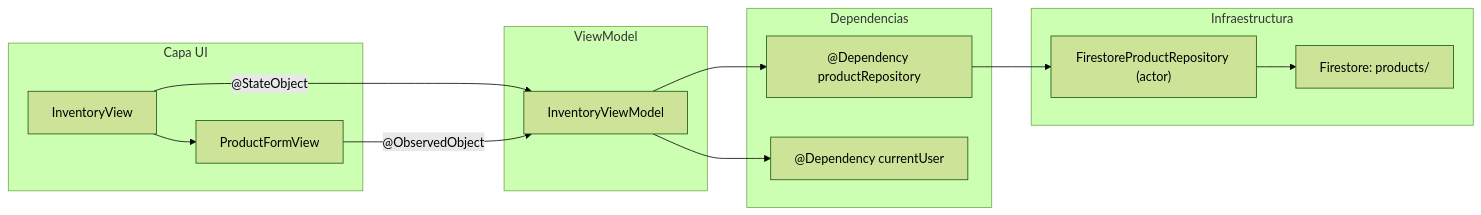
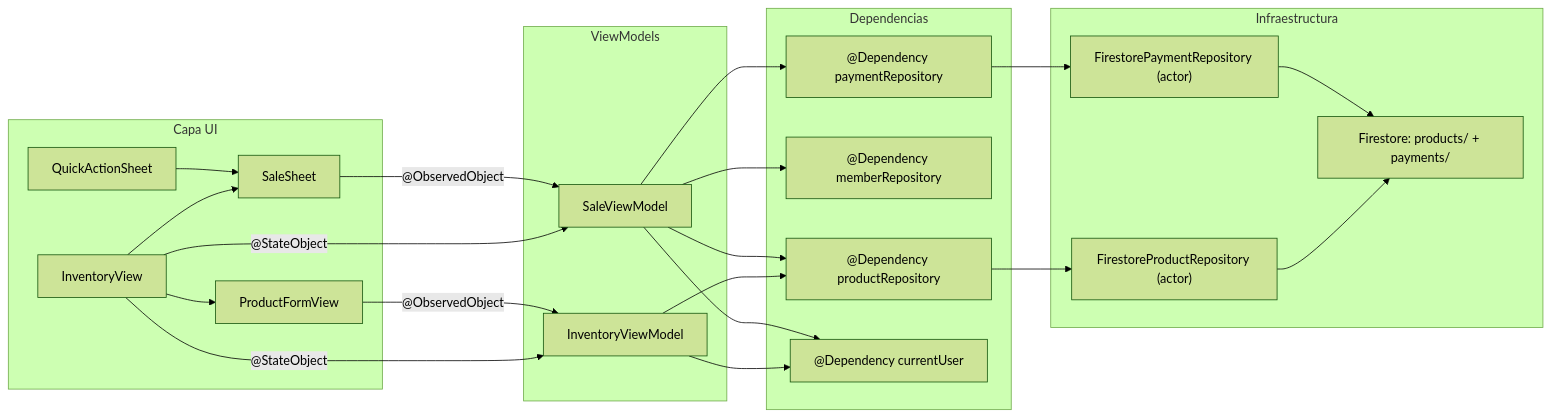
The diagram in knowledge/ios-implementation/09-inventory-module.md (fsaldivar-dev/sajarubox-mcp), drawn with Mermaid (forest theme) before and after one commit. The commit also changed other lines of this file and 3 other files, not shown here.

First line of the commit message:
docs: v1.7.0 — punto de venta (SaleSheet), cobro de productos/servicios

````diff
--- a/knowledge/ios-implementation/09-inventory-module.md
+++ b/knowledge/ios-implementation/09-inventory-module.md
@@ -37,27 +41,41 @@
 ```mermaid
 flowchart LR
     subgraph ui [Capa UI]
         InventoryView --> ProductFormView
+        InventoryView --> SaleSheet
+        QuickActionSheet --> SaleSheet
     end
 
-    subgraph vm [ViewModel]
+    subgraph vm [ViewModels]
         InventoryViewModel
+        SaleViewModel
     end
 
     subgraph deps [Dependencias]
         ProductRepo["@Dependency productRepository"]
+        MemberRepo["@Dependency memberRepository"]
+        PaymentRepo["@Dependency paymentRepository"]
         CurrentUser["@Dependency currentUser"]
     end
 
     subgraph infra [Infraestructura]
         FirestoreProductRepo["FirestoreProductRepository (actor)"]
-        Firestore["Firestore: products/"]
+        FirestorePaymentRepo["FirestorePaymentRepository (actor)"]
+        Firestore["Firestore: products/ + payments/"]
     end
 
     InventoryView -->|"@StateObject"| InventoryViewModel
+    InventoryView -->|"@StateObject"| SaleViewModel
     ProductFormView -->|"@ObservedObject"| InventoryViewModel
+    SaleSheet -->|"@ObservedObject"| SaleViewModel
     InventoryViewModel --> ProductRepo
     InventoryViewModel --> CurrentUser
+    SaleViewModel --> ProductRepo
+    SaleViewModel --> MemberRepo
+    SaleViewModel --> PaymentRepo
+    SaleViewModel --> CurrentUser
     ProductRepo --> FirestoreProductRepo
+    PaymentRepo --> FirestorePaymentRepo
     FirestoreProductRepo --> Firestore
+    FirestorePaymentRepo --> Firestore
 ```
````
